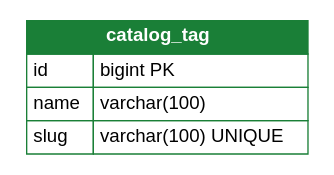
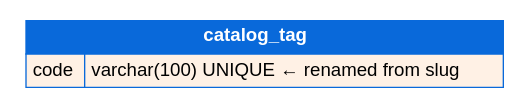
The diagram in PR.md (theptrk/pr-visuals-reference-implementation), drawn with Graphviz before and after one commit. The commit also changed other lines of this file and 4 other files, not shown here.

Commit message:
Rename tag slug, widen note title, drop bookmarks

````diff
--- a/PR.md
+++ b/PR.md
@@ -41,15 +51,13 @@
 ```dot
-digraph creating_dbs {
+digraph changing_dbs {
   rankdir=LR
   node [shape=plaintext fontname="Helvetica"]
 
   Tag [label=<
-    <TABLE BORDER="0" CELLBORDER="1" CELLSPACING="0" CELLPADDING="4" COLOR="#1a7f37">
-      <TR><TD BGCOLOR="#1a7f37" COLSPAN="2"><FONT COLOR="white"><B>catalog_tag</B></FONT></TD></TR>
-      <TR><TD ALIGN="LEFT">id</TD><TD ALIGN="LEFT">bigint PK</TD></TR>
-      <TR><TD ALIGN="LEFT">name</TD><TD ALIGN="LEFT">varchar(100)</TD></TR>
-      <TR><TD ALIGN="LEFT">slug</TD><TD ALIGN="LEFT">varchar(100) UNIQUE</TD></TR>
+    <TABLE BORDER="0" CELLBORDER="1" CELLSPACING="0" CELLPADDING="4" COLOR="#0969da">
+      <TR><TD BGCOLOR="#0969da" COLSPAN="2"><FONT COLOR="white"><B>catalog_tag</B></FONT></TD></TR>
+      <TR><TD ALIGN="LEFT" BGCOLOR="#fff1e5">code</TD><TD ALIGN="LEFT" BGCOLOR="#fff1e5">varchar(100) UNIQUE &#8592; renamed from slug</TD></TR>
     </TABLE>>];
-  /* ...full source in docs/assets/creating-dbs.dot... */
+  /* ...full source in docs/assets/changing-dbs.dot... */
 }
 ```
````
